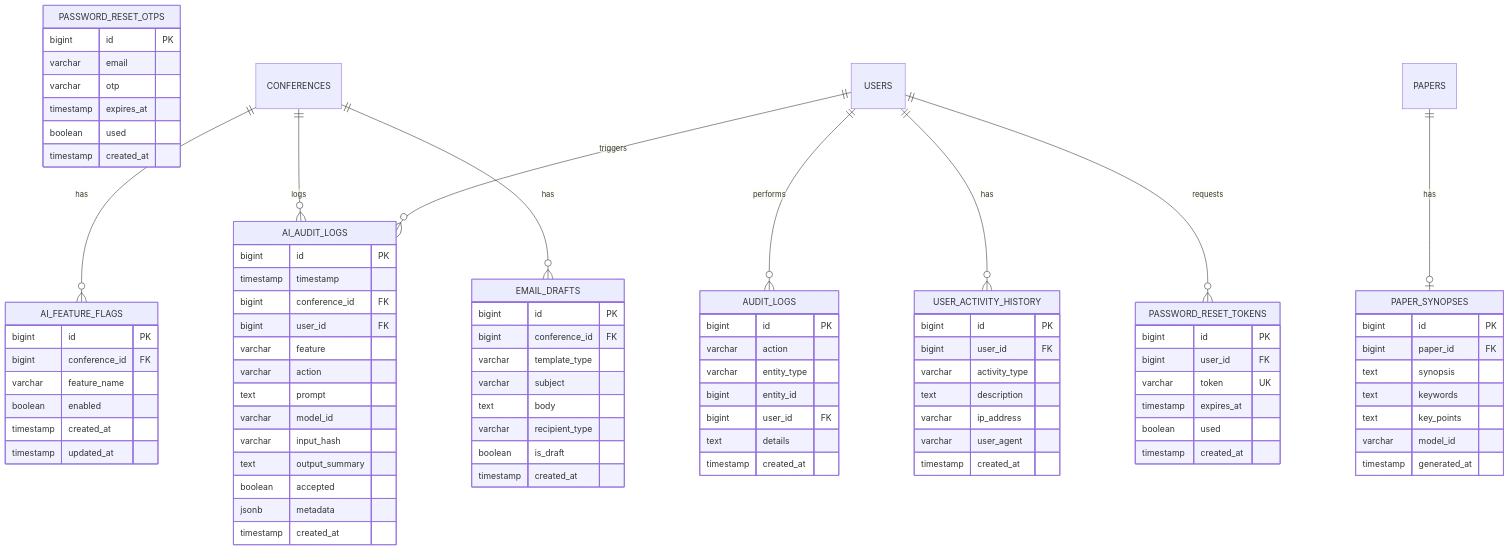
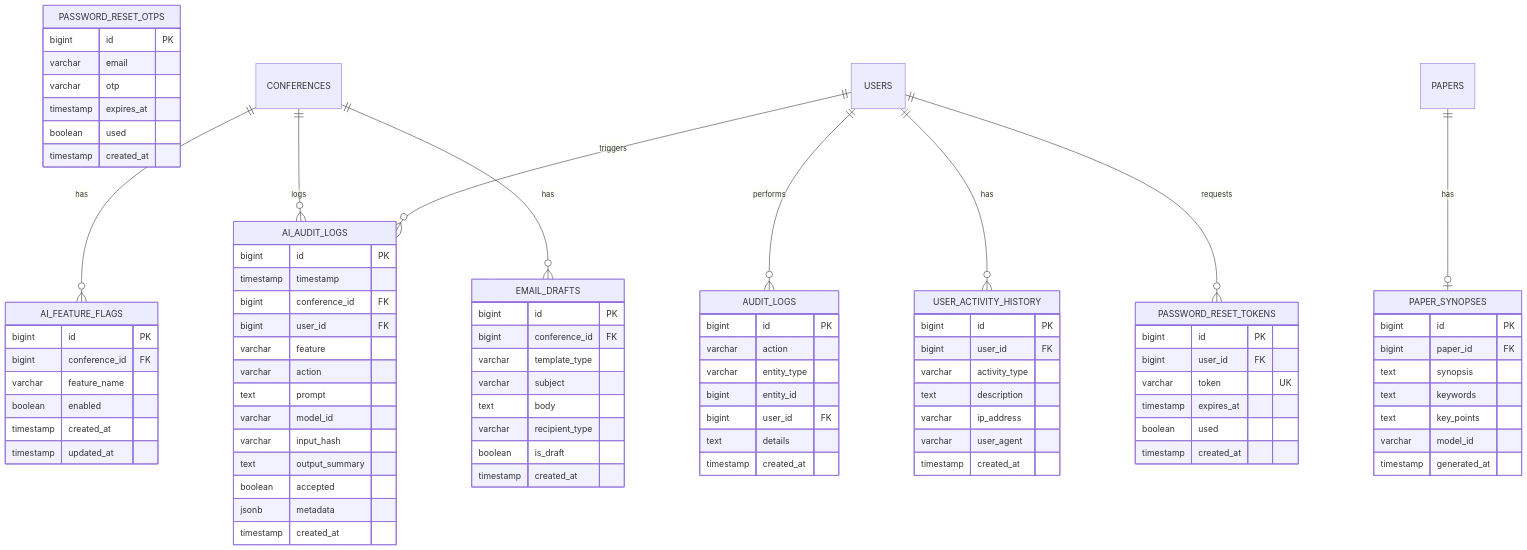
Diagram 24 of 28 in UTH-ConfMS/docs/uml-diagrams.md (TienDat11102k5/UTH-ConfMS), drawn with Mermaid before and after one commit. The commit also changed other lines of this file and 7 other files, not shown here.

```diff
--- a/UTH-ConfMS/docs/uml-diagrams.md
+++ b/UTH-ConfMS/docs/uml-diagrams.md
@@ -1628,7 +1628,7 @@
     PASSWORD_RESET_TOKENS {
         bigint id PK
         bigint user_id FK
-        varchar token UK
+        varchar token "UK"
         timestamp expires_at
         boolean used
         timestamp created_at
```
